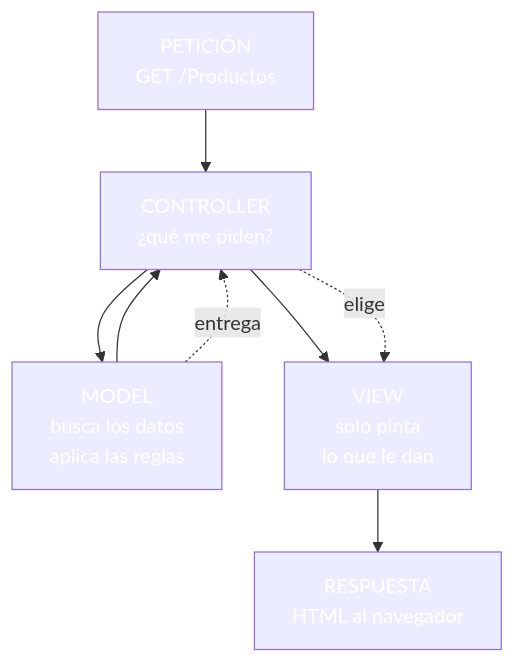
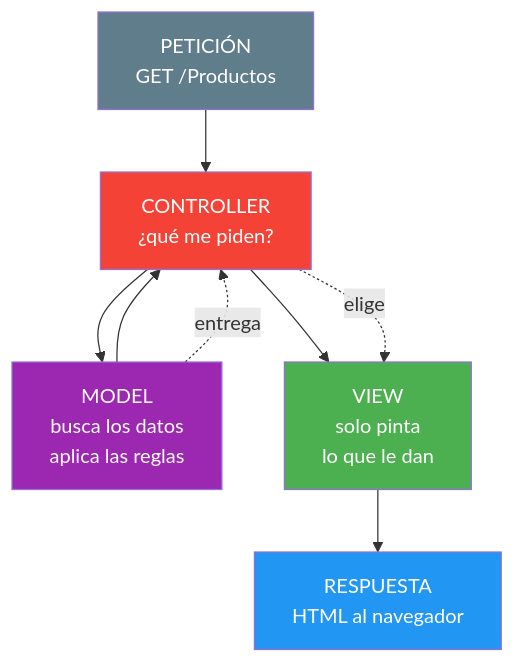
Before and after one commit to joseluisgs/DesarrolloWebEntornosServidor-03-2026-2027: the second of 5 diagrams in 07-mvc-arquitectura.md, drawn with Mermaid. The commit also changed other lines of this file and 25 other files, not shown here.

Commit message:
docs: corregir los estilos Mermaid de los temas y alinear el dominio del tema 25 con ProductosApp

````diff
--- a/07-mvc-arquitectura.md
+++ b/07-mvc-arquitectura.md
@@ -143,17 +143,17 @@
 ```mermaid
 graph TD
     A["PETICIÓN<br/>GET /Productos"] --> C["CONTROLLER<br/>¿qué me piden?"]
     C --> M["MODEL<br/>busca los datos<br/>aplica las reglas"]
     M --> C
     C --> V["VIEW<br/>solo pinta<br/>lo que le dan"]
     V --> R["RESPUESTA<br/>HTML al navegador"]
 
     C -.->|"elige"| V
     M -.->|"entrega"| C
 
-    style A fill:#607D8,color:#fffB,color:#fff
-    style C fill:#f4433,color:#fff6,color:#fff
-    style M fill:#9C27B,color:#fff0,color:#fff
-    style V fill:#4CAF5,color:#fff0,color:#fff
-    style R fill:#2196F,color:#fff3,color:#fff
+    style A fill:#607D8B,color:#fff
+    style C fill:#f44336,color:#fff
+    style M fill:#9C27B0,color:#fff
+    style V fill:#4CAF50,color:#fff
+    style R fill:#2196F3,color:#fff
 ```
````
